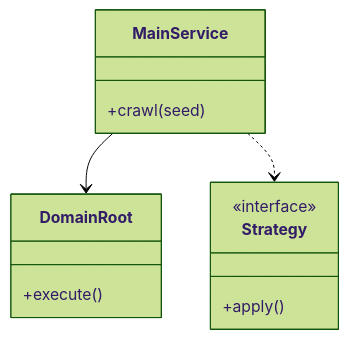
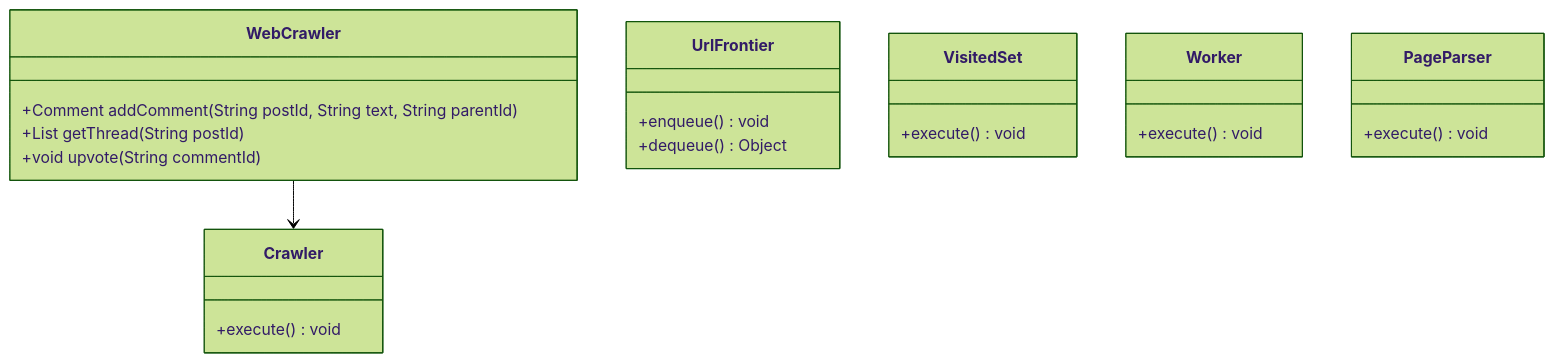
The first of 3 diagrams in Learn/System Design - Low Level Design/04-concurrency-lld/questions/Q11-web-crawler-multithreaded.md (madhupaila/Interview-Prep-SSE), drawn with Mermaid (forest theme) before and after one commit. The commit also changed other lines of this file and 491 other files, not shown here.

````diff
--- a/Learn/System Design - Low Level Design/04-concurrency-lld/questions/Q11-web-crawler-multithreaded.md
+++ b/Learn/System Design - Low Level Design/04-concurrency-lld/questions/Q11-web-crawler-multithreaded.md
@@ -74,15 +94,25 @@
 ```mermaid
 classDiagram
-    class MainService {
-        +crawl(seed)
+    class WebCrawler {
+        +Comment addComment(String postId, String text, String parentId)
+        +List<Comment> getThread(String postId)
+        +void upvote(String commentId)
     }
-    class DomainRoot {
-        +execute()
+    class Crawler {
+        +execute() void
     }
-    class Strategy {
-        <<interface>>
-        +apply()
+    class UrlFrontier {
+        +enqueue() void
+        +dequeue() Object
     }
-    MainService --> DomainRoot
-    MainService ..> Strategy
+    class VisitedSet {
+        +execute() void
+    }
+    class Worker {
+        +execute() void
+    }
+    class PageParser {
+        +execute() void
+    }
+    WebCrawler --> Crawler
 ```
````
